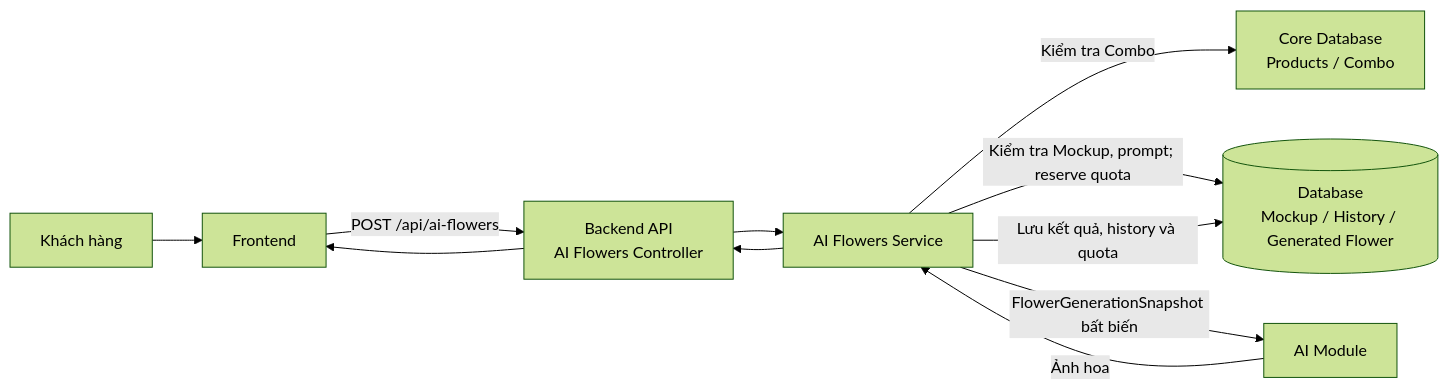
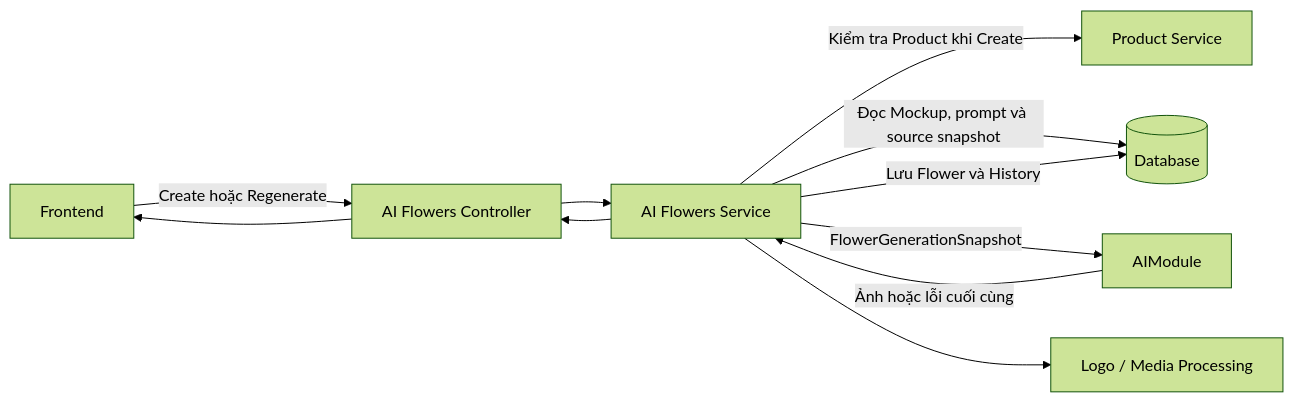
Before and after one commit to 161seconds/document-first-brief: the first of 4 diagrams in hoa-theo-mua-ai-flourist/TDD/TDD-016/TDD-016-tao-yeu-cau-va-mau-hoa-ai.md, drawn with Mermaid (forest theme). The commit also changed other lines of this file and 24 other files, not shown here.

````diff
--- a/hoa-theo-mua-ai-flourist/TDD/TDD-016/TDD-016-tao-yeu-cau-va-mau-hoa-ai.md
+++ b/hoa-theo-mua-ai-flourist/TDD/TDD-016/TDD-016-tao-yeu-cau-va-mau-hoa-ai.md
@@ -97,21 +76,21 @@
 ```mermaid
 flowchart LR
-    Client["Khách hàng"]
-    FE["Frontend"]
-    API["Backend API<br/>AI Flowers Controller"]
-    Svc["AI Flowers Service"]
-    Core["Core Database<br/>Products / Combo"]
-    DB[("Database<br/>Mockup / History / Generated Flower")]
-    AI["AI Module"]
+    FE[Frontend]
+    API[AI Flowers Controller]
+    SVC[AI Flowers Service]
+    CORE[Product Service]
+    DB[(Database)]
+    AI[AIModule]
+    MEDIA[Logo / Media Processing]
 
-    Client --> FE
-    FE -->|"POST /api/ai-flowers"| API
-    API --> Svc
-    Svc -->|"Kiểm tra Combo"| Core
-    Svc -->|"Kiểm tra Mockup, prompt; reserve quota"| DB
-    Svc -->|"FlowerGenerationSnapshot bất biến"| AI
-    AI -->|"Ảnh hoa"| Svc
-    Svc -->|"Lưu kết quả, history và quota"| DB
-    Svc --> API
+    FE -->|Create hoặc Regenerate| API
+    API --> SVC
+    SVC -->|Kiểm tra Product khi Create| CORE
+    SVC -->|Đọc Mockup, prompt và source snapshot| DB
+    SVC -->|FlowerGenerationSnapshot| AI
+    AI -->|Ảnh hoặc lỗi cuối cùng| SVC
+    SVC --> MEDIA
+    SVC -->|Lưu Flower và History| DB
+    SVC --> API
     API --> FE
 ```
````
